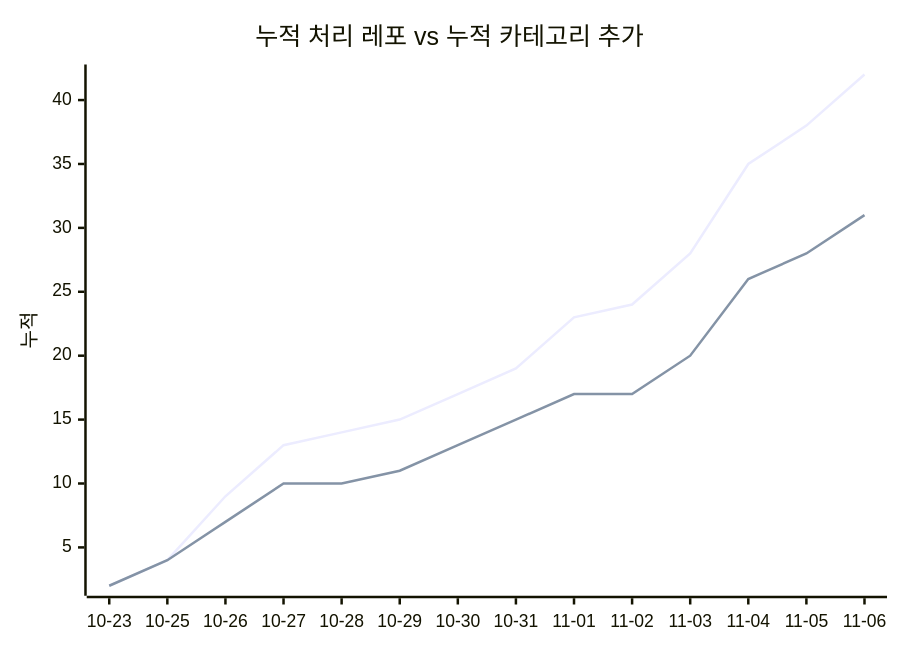
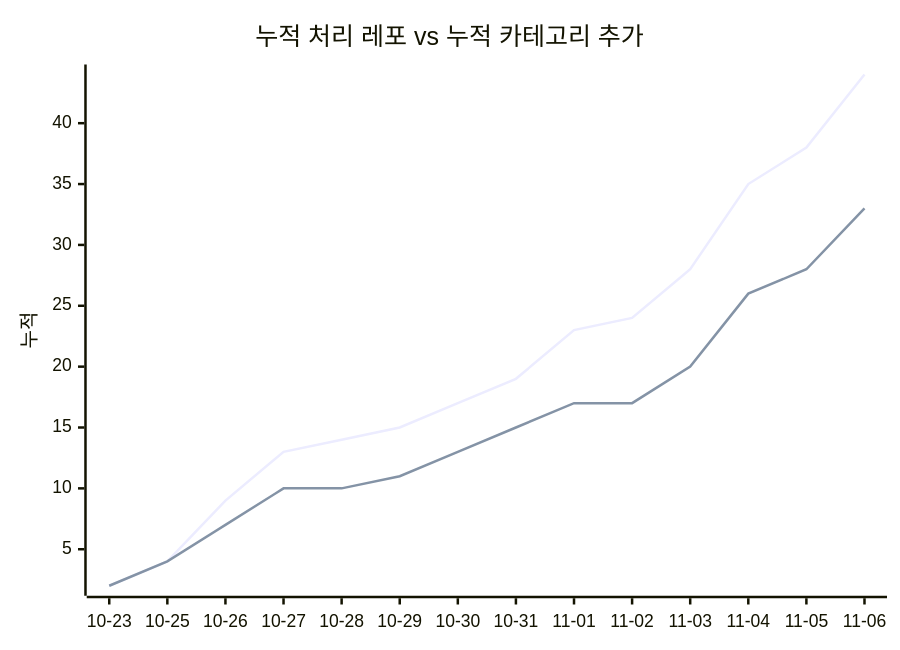
The second of 2 diagrams in docs/trends.md (J-nowcow/awesome-korean-agent-skills), drawn with Mermaid before and after one commit. The commit also changed other lines of this file and 5 other files, not shown here.

````diff
--- a/docs/trends.md
+++ b/docs/trends.md
@@ -68,8 +68,8 @@
 ```mermaid
 xychart-beta
     title "누적 처리 레포 vs 누적 카테고리 추가"
     x-axis ["10-23","10-25","10-26","10-27","10-28","10-29","10-30","10-31","11-01","11-02","11-03","11-04","11-05","11-06"]
     y-axis "누적"
-    line [2,4,9,13,14,15,17,19,23,24,28,35,38,42]
-    line [2,4,7,10,10,11,13,15,17,17,20,26,28,31]
+    line [2,4,9,13,14,15,17,19,23,24,28,35,38,44]
+    line [2,4,7,10,10,11,13,15,17,17,20,26,28,33]
 ```
````
